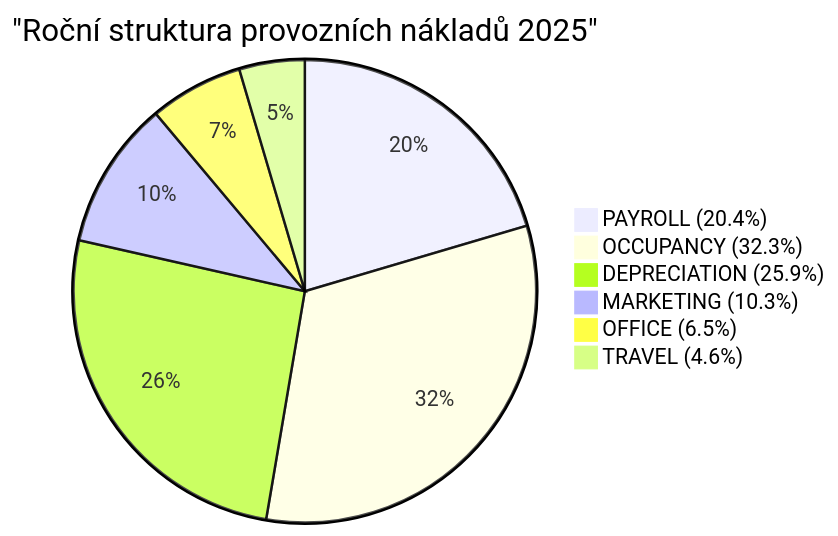
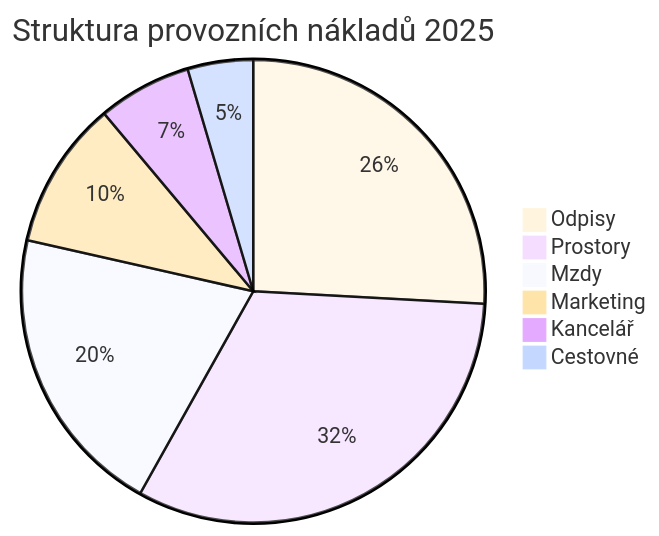
The second of 3 diagrams in output.md (martinrysanek/PlanningAnalytics), drawn with Mermaid before and after one commit. The commit also changed other lines of this file, not shown here.

````diff
--- a/output.md
+++ b/output.md
@@ -77,9 +60,10 @@
 ```mermaid
-pie title "Roční struktura provozních nákladů 2025"
-    "PAYROLL (20.4%)" : 2049966
-    "OCCUPANCY (32.3%)" : 3236001
-    "DEPRECIATION (25.9%)" : 2595960
-    "MARKETING (10.3%)" : 1038182
-    "OFFICE (6.5%)" : 656196
-    "TRAVEL (4.6%)" : 458808
+%%{init: {'theme':'base'}}%%
+pie title Struktura provozních nákladů 2025
+    "Odpisy" : 2595960
+    "Prostory" : 3236001
+    "Mzdy" : 2049966
+    "Marketing" : 1038182
+    "Kancelář" : 656196
+    "Cestovné" : 458808
 ```
````
